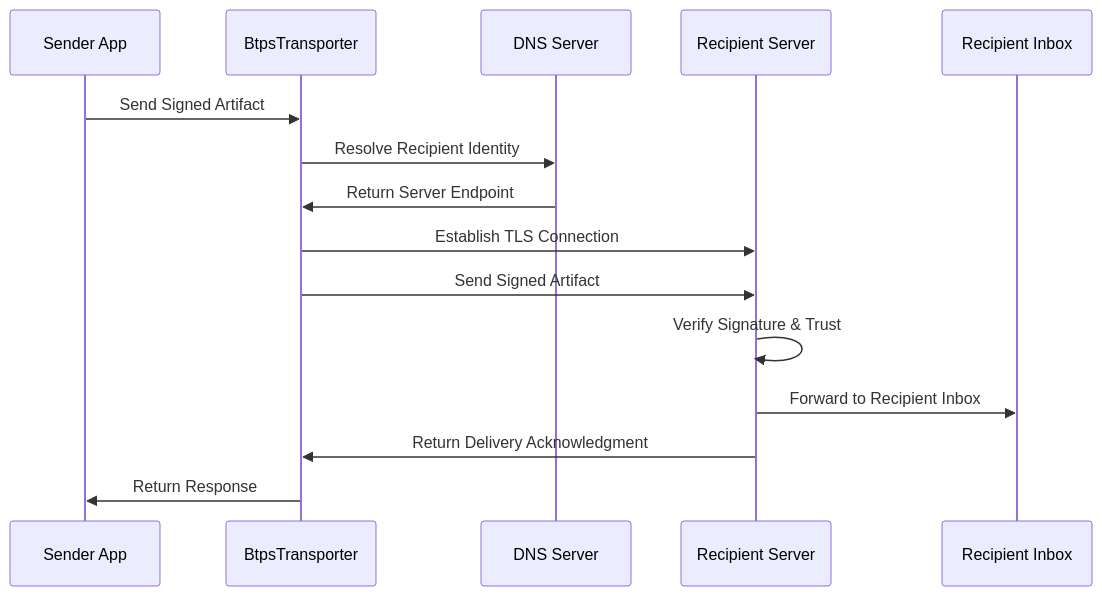
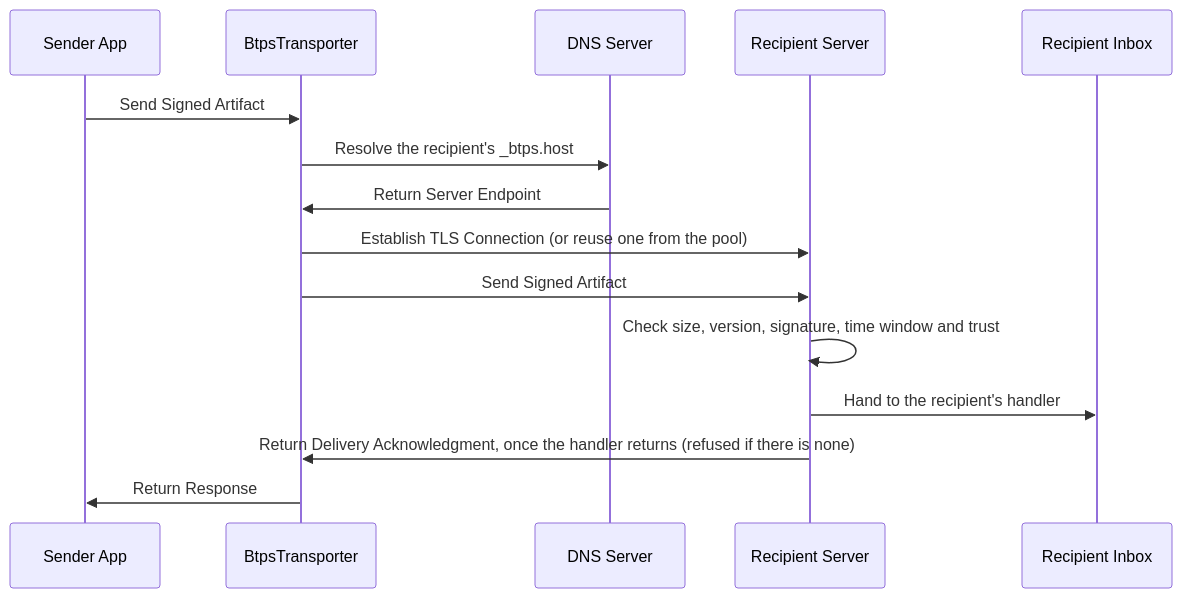
Before and after one commit to openbtps/btps-node: the second of 2 diagrams in docs/docusaurus/docs/client/btpsTransporter/overview.md, drawn with Mermaid. The commit also changed other lines of this file and 26 other files, not shown here.

First line of the commit message:
Docs: bring every diagram in line with 1.1

````diff
--- a/docs/docusaurus/docs/client/btpsTransporter/overview.md
+++ b/docs/docusaurus/docs/client/btpsTransporter/overview.md
@@ -66,18 +67,18 @@
 ```mermaid
 sequenceDiagram
     participant App as Sender App
     participant Transporter as BtpsTransporter
     participant DNS as DNS Server
     participant Receiver as Recipient Server
     participant Inbox as Recipient Inbox
 
     App->>Transporter: Send Signed Artifact
-    Transporter->>DNS: Resolve Recipient Identity
+    Transporter->>DNS: Resolve the recipient's _btps.host
     DNS->>Transporter: Return Server Endpoint
-    Transporter->>Receiver: Establish TLS Connection
+    Transporter->>Receiver: Establish TLS Connection (or reuse one from the pool)
     Transporter->>Receiver: Send Signed Artifact
-    Receiver->>Receiver: Verify Signature & Trust
-    Receiver->>Inbox: Forward to Recipient Inbox
-    Receiver->>Transporter: Return Delivery Acknowledgment
+    Receiver->>Receiver: Check size, version, signature, time window and trust
+    Receiver->>Inbox: Hand to the recipient's handler
+    Receiver->>Transporter: Return Delivery Acknowledgment, once the handler returns (refused if there is none)
     Transporter->>App: Return Response
 ```
````
